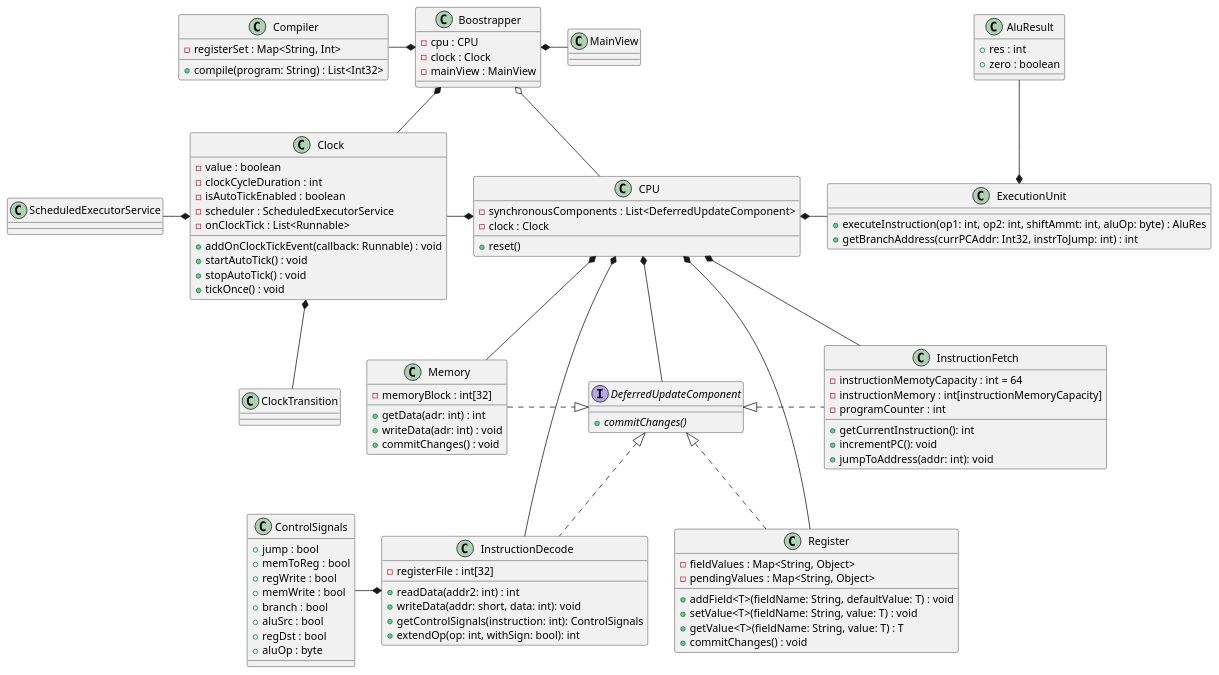
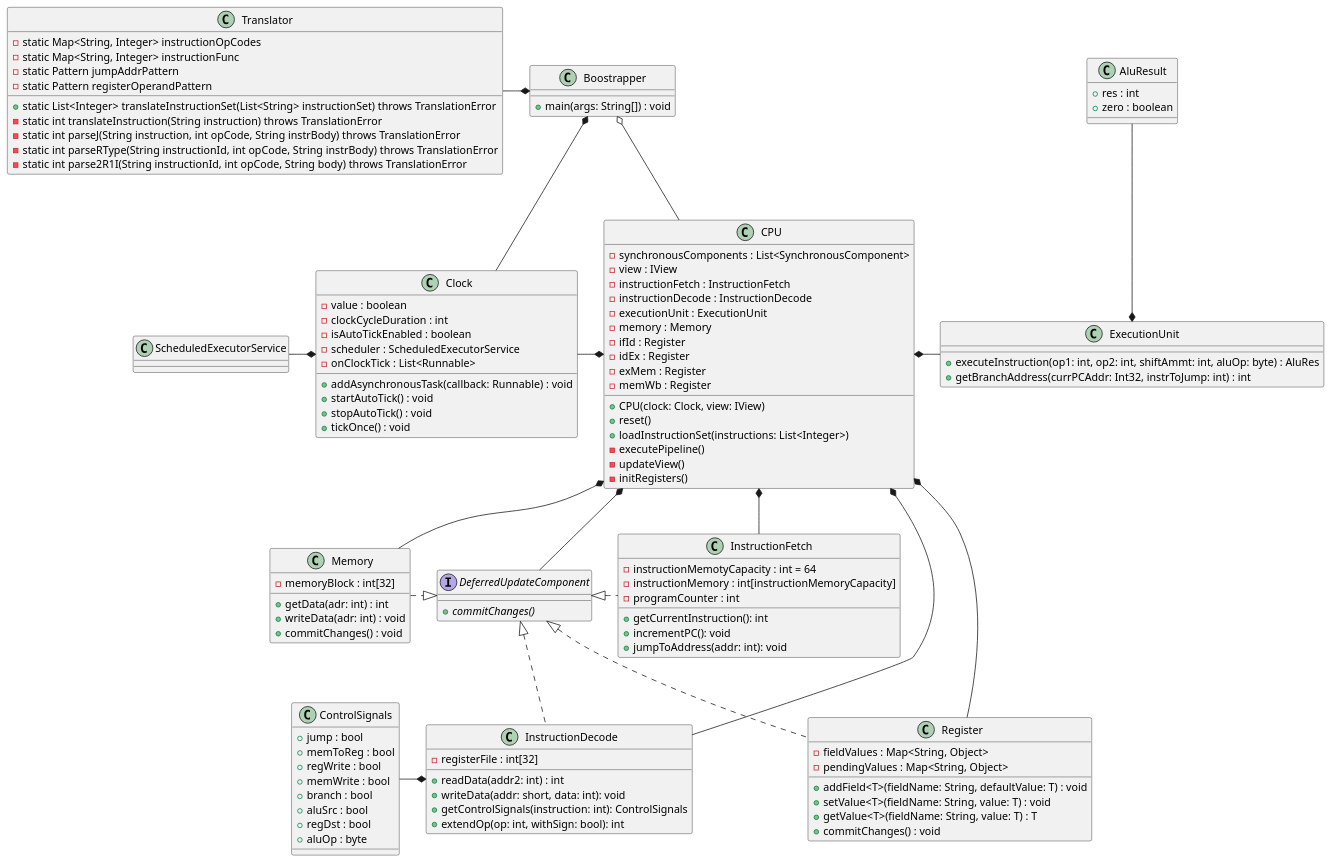
One commit to bmarcu13/MIPS32PipelineSimulator changed the diagram in Diagrams/ClassDiagram.plantuml. Above: the diagram before and after it, drawn with PlantUML. The commit also changed 11 other files, not shown here.

Commit message:
Added/Changed diagrams for Clock & Translator classes

```diff
--- a/Diagrams/ClassDiagram.plantuml
+++ b/Diagrams/ClassDiagram.plantuml
@@ -1,121 +1,135 @@
 @startuml CPU Simulator
 
 Boostrapper o-- CPU
 Boostrapper *-- Clock
-Boostrapper *-right- MainView
-Boostrapper *-left- Compiler
+Boostrapper *-left- Translator
 
-Clock *-- ClockTransition
 Clock *-left- ScheduledExecutorService
 
 CPU *-- DeferredUpdateComponent
 CPU *-- InstructionFetch
 CPU *-- InstructionDecode
 CPU *-right- ExecutionUnit
 CPU *-- Memory
 CPU *-left- Clock
 CPU *-- Register
 
 Register .up.|> DeferredUpdateComponent
 
 ExecutionUnit *-up- AluResult
 
 InstructionDecode *-left- ControlSignals 
 
 DeferredUpdateComponent <|.. InstructionDecode
 DeferredUpdateComponent <|.right. InstructionFetch
 DeferredUpdateComponent <|.left. Memory
 
 
 class AluResult{
     + res : int
     + zero : boolean
 }
 
 class ControlSignals {
     + jump : bool
     + memToReg : bool
     + regWrite : bool
     + memWrite : bool
     + branch : bool
     + aluSrc : bool
     + regDst : bool
     + aluOp : byte
 }
 
 interface DeferredUpdateComponent {
     {abstract} + commitChanges()
 }
 
 class Boostrapper {
-    - cpu : CPU
-    - clock : Clock
-    - mainView : MainView
+    + main(args: String[]) : void
 }
 
 class CPU {
-    - synchronousComponents : List<DeferredUpdateComponent>
-    - clock : Clock
+    - synchronousComponents : List<SynchronousComponent>
+    - view : IView
+    - instructionFetch : InstructionFetch
+    - instructionDecode : InstructionDecode
+    - executionUnit : ExecutionUnit
+    - memory : Memory
+    - ifId : Register
+    - idEx : Register 
+    - exMem : Register
+    - memWb : Register
+    + CPU(clock: Clock, view: IView)
     + reset()
+    + loadInstructionSet(instructions: List<Integer>)
+    - executePipeline()
+    - updateView()
+    - initRegisters()
 }
 
 class Clock {
     - value : boolean
     - clockCycleDuration : int
     - isAutoTickEnabled : boolean
     - scheduler : ScheduledExecutorService
     - onClockTick : List<Runnable>
-    + addOnClockTickEvent(callback: Runnable) : void
+    + addAsynchronousTask(callback: Runnable) : void
     + startAutoTick() : void
     + stopAutoTick() : void
     + tickOnce() : void
 }
 
 class InstructionFetch {
     - instructionMemotyCapacity : int = 64
     - instructionMemory : int[instructionMemoryCapacity]
     - programCounter : int
     + getCurrentInstruction(): int
     + incrementPC(): void
     + jumpToAddress(addr: int): void
 }
 
 class InstructionDecode {
     - registerFile : int[32]
     + readData(addr2: int) : int
     + writeData(addr: short, data: int): void
     + getControlSignals(instruction: int): ControlSignals
     + extendOp(op: int, withSign: bool): int
 }
 
 class ExecutionUnit {
     + executeInstruction(op1: int, op2: int, shiftAmmt: int, aluOp: byte) : AluRes
     + getBranchAddress(currPCAddr: Int32, instrToJump: int) : int
 }
 
 class Memory {
     - memoryBlock : int[32]
     + getData(adr: int) : int
     + writeData(adr: int) : void
     + commitChanges() : void
 }
 
 class Register {
     - fieldValues : Map<String, Object>
     - pendingValues : Map<String, Object>
     + addField<T>(fieldName: String, defaultValue: T) : void
     + setValue<T>(fieldName: String, value: T) : void
     + getValue<T>(fieldName: String, value: T) : T
     + commitChanges() : void
 }
 
-class MainView {
-    
-}
 
-class Compiler {
-    - registerSet : Map<String, Int>
-    + compile(program: String) : List<Int32>
+class Translator {
+    - static Map<String, Integer> instructionOpCodes
+    - static Map<String, Integer> instructionFunc
+    - static Pattern jumpAddrPattern
+    - static Pattern registerOperandPattern
+
+    + static List<Integer> translateInstructionSet(List<String> instructionSet) throws TranslationError
+    - static int translateInstruction(String instruction) throws TranslationError
+    - static int parseJ(String instruction, int opCode, String instrBody) throws TranslationError
+    - static int parseRType(String instructionId, int opCode, String instrBody) throws TranslationError
+    - static int parse2R1I(String instructionId, int opCode, String body) throws TranslationError
 }
 
 @enduml
```
